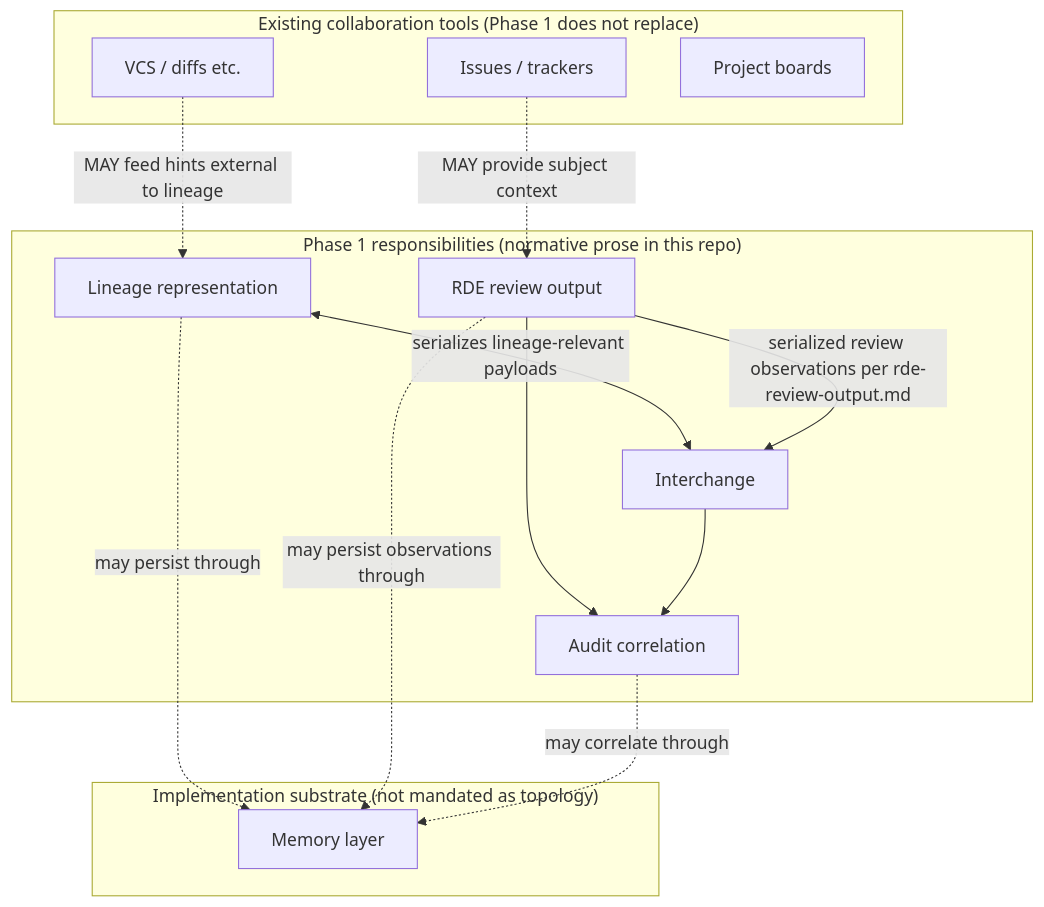
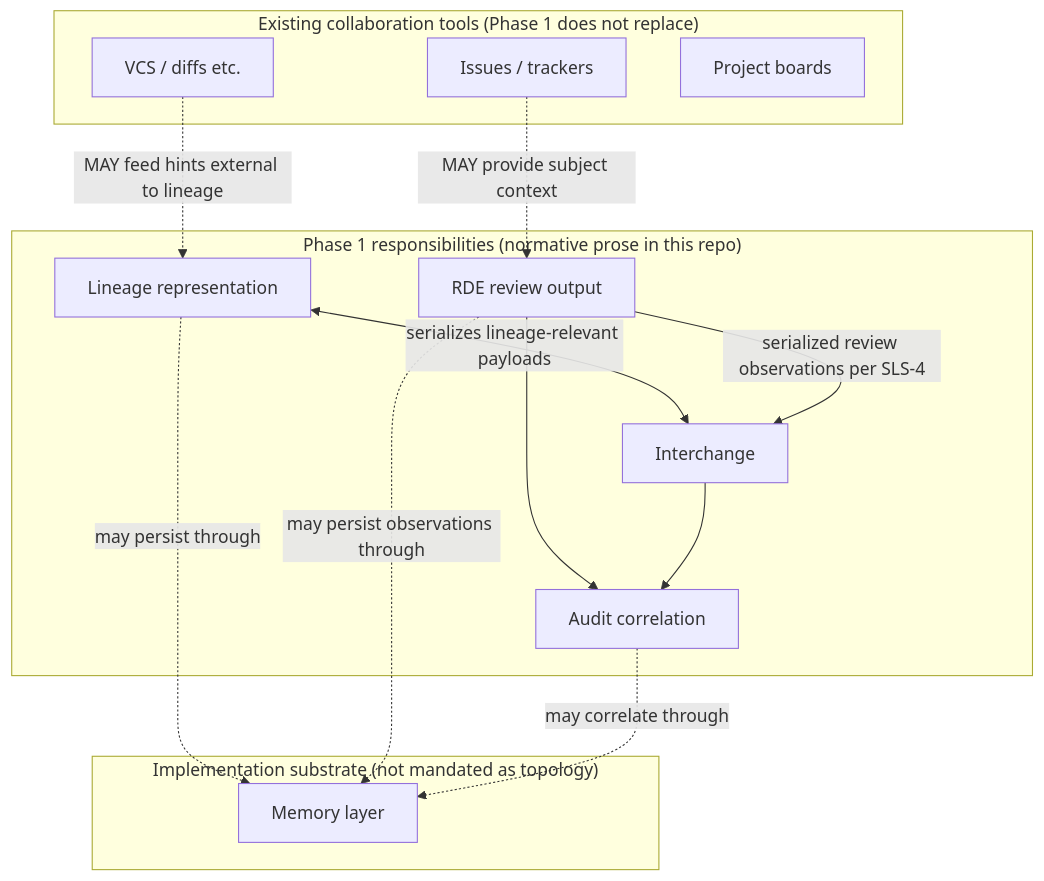
One commit to zyx-corporation/kotonoha-spec changed the first of 2 diagrams in docs/architecture.md. Above: the diagram before and after it, drawn with Mermaid. The commit also changed other lines of this file, not shown here.

Commit message:
spec: add SLS-2 numbering to architecture (#22)

````diff
--- a/docs/architecture.md
+++ b/docs/architecture.md
@@ -33,31 +34,31 @@
 ```mermaid
 flowchart TB
     subgraph ext["Existing collaboration tools (Phase 1 does not replace)"]
         VCS[VCS / diffs etc.]
         ISS[Issues / trackers]
         BRD[Project boards]
     end
 
     subgraph p1["Phase 1 responsibilities (normative prose in this repo)"]
         LR[Lineage representation]
         RDE[RDE review output]
         IX[Interchange]
         AUD[Audit correlation]
     end
 
     subgraph impl["Implementation substrate (not mandated as topology)"]
         MEM[Memory layer]
     end
 
     VCS -. MAY feed hints external to lineage .-> LR
     ISS -. MAY provide subject context .-> RDE
 
     LR -. may persist through .-> MEM
     RDE -. may persist observations through .-> MEM
     AUD -. may correlate through .-> MEM
 
     LR <-->|serializes lineage-relevant payloads| IX
-    RDE -->|serialized review observations per rde-review-output.md| IX
+    RDE -->|serialized review observations per SLS-4| IX
     RDE --> AUD
     IX --> AUD
 ```
````
